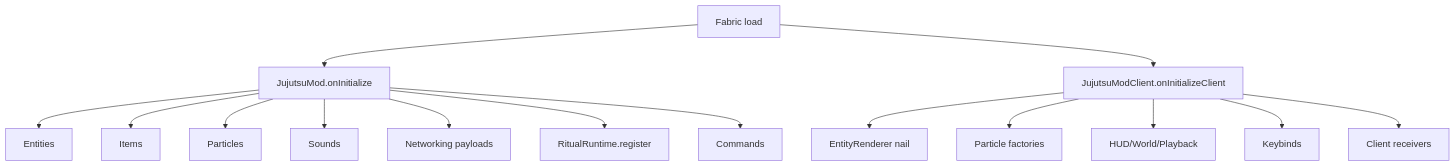
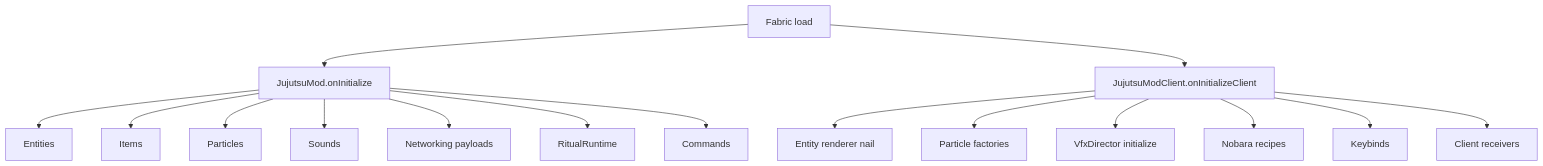
The diagram in Jujutsu Kaizen/jujutsumod-codebase-codex/02-architecture/Entrypoints-and-lifecycle.md (grebeshok105/jujutsu-minecraft), drawn with Mermaid before and after one commit. The commit also changed other lines of this file and 21 other files, not shown here.

Commit message:
docs(vfx): document nobara core migration

````diff
--- a/Jujutsu Kaizen/jujutsumod-codebase-codex/02-architecture/Entrypoints-and-lifecycle.md
+++ b/Jujutsu Kaizen/jujutsumod-codebase-codex/02-architecture/Entrypoints-and-lifecycle.md
@@ -58,17 +58,18 @@
 ```mermaid
 flowchart TD
   A[Fabric load] --> B[JujutsuMod.onInitialize]
   B --> E[Entities]
   B --> I[Items]
   B --> P[Particles]
   B --> S[Sounds]
   B --> N[Networking payloads]
-  B --> R[RitualRuntime.register]
+  B --> R[RitualRuntime]
   B --> C[Commands]
   A --> CL[JujutsuModClient.onInitializeClient]
-  CL --> ER[EntityRenderer nail]
+  CL --> ER[Entity renderer nail]
   CL --> PF[Particle factories]
-  CL --> FX[HUD/World/Playback]
+  CL --> VD[VfxDirector initialize]
+  CL --> NR[Nobara recipes]
   CL --> KB[Keybinds]
   CL --> CN[Client receivers]
 ```
````
